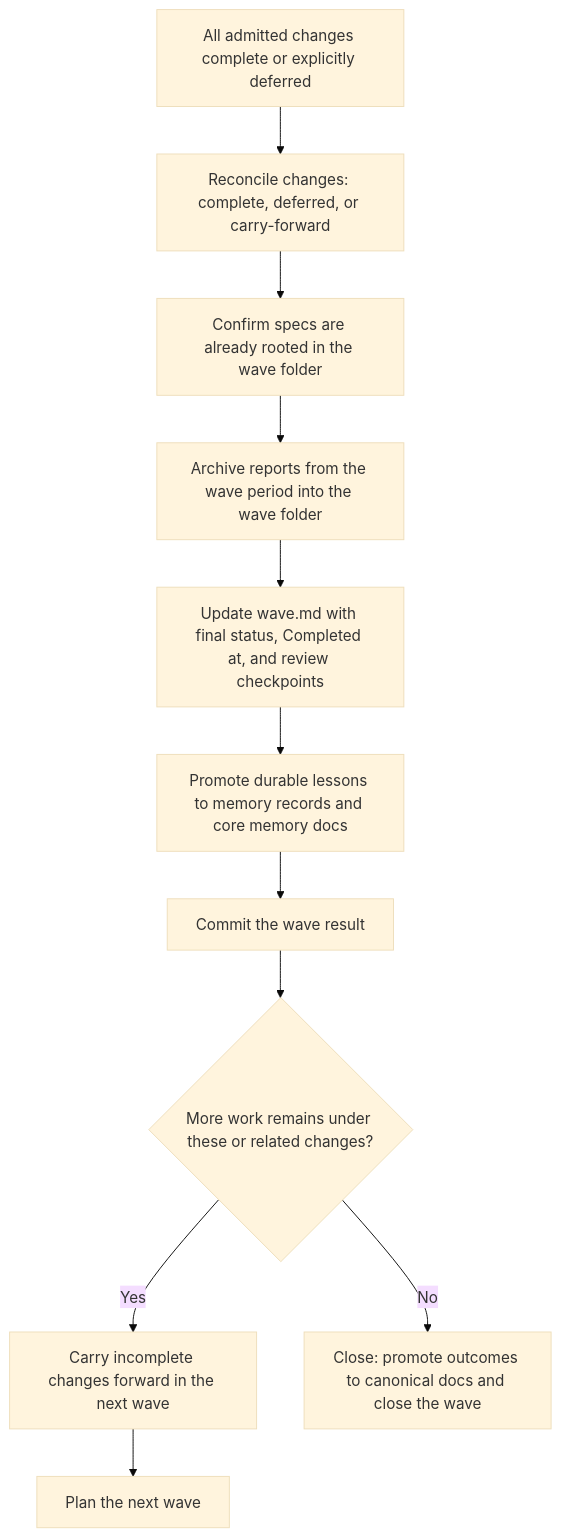
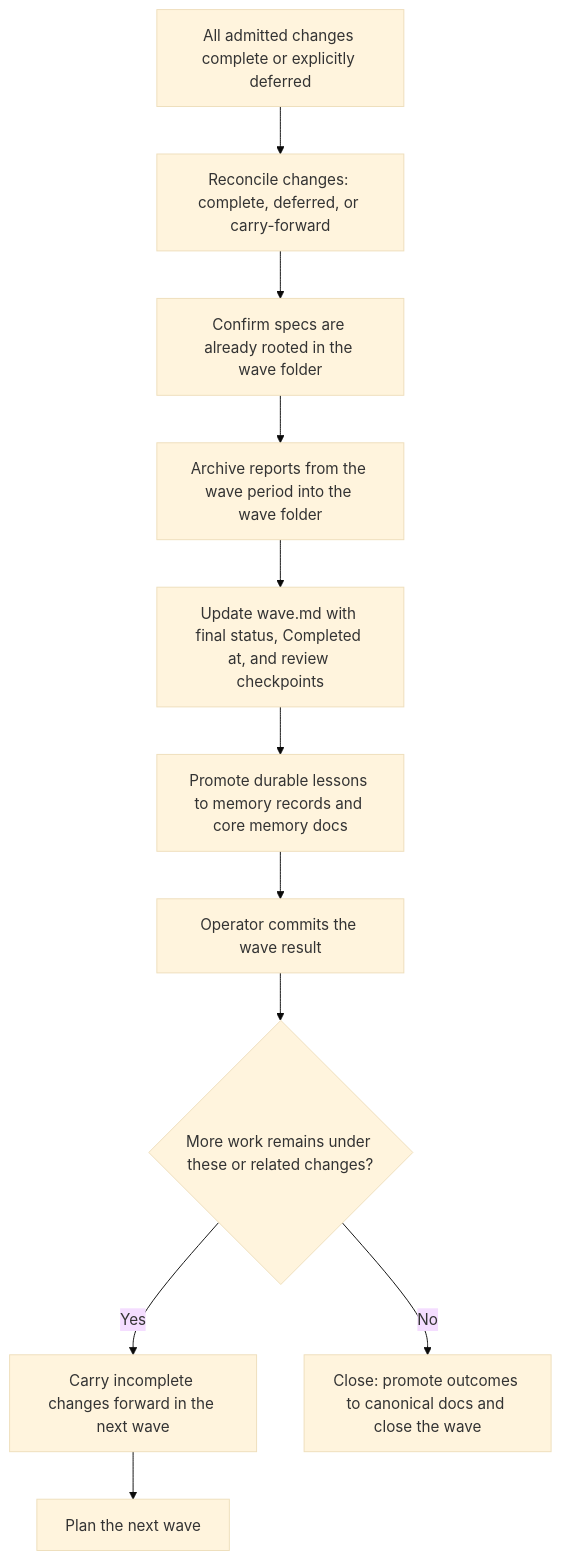
The fourth of 4 diagrams in .wavefoundry/framework/seeds/001-framework-lifecycle-overview.md (coryhacking/wavefoundry), drawn with Mermaid (base theme) before and after one commit. The commit also changed other lines of this file and 19 other files, not shown here.

````diff
--- a/.wavefoundry/framework/seeds/001-framework-lifecycle-overview.md
+++ b/.wavefoundry/framework/seeds/001-framework-lifecycle-overview.md
@@ -180,13 +181,13 @@
 ```mermaid
 flowchart TD
     A[All admitted changes complete or explicitly deferred] --> B[Reconcile changes: complete, deferred, or carry-forward]
     B --> C[Confirm specs are already rooted in the wave folder]
     C --> D[Archive reports from the wave period into the wave folder]
     D --> E[Update wave.md with final status, Completed at, and review checkpoints]
     E --> F[Promote durable lessons to memory records and core memory docs]
-    F --> G[Commit the wave result]
+    F --> G[Operator commits the wave result]
     G --> H{More work remains under these or related changes?}
     H -->|Yes| I[Carry incomplete changes forward in the next wave]
     I --> J[Plan the next wave]
     H -->|No| K[Close: promote outcomes to canonical docs and close the wave]
 ```
````
